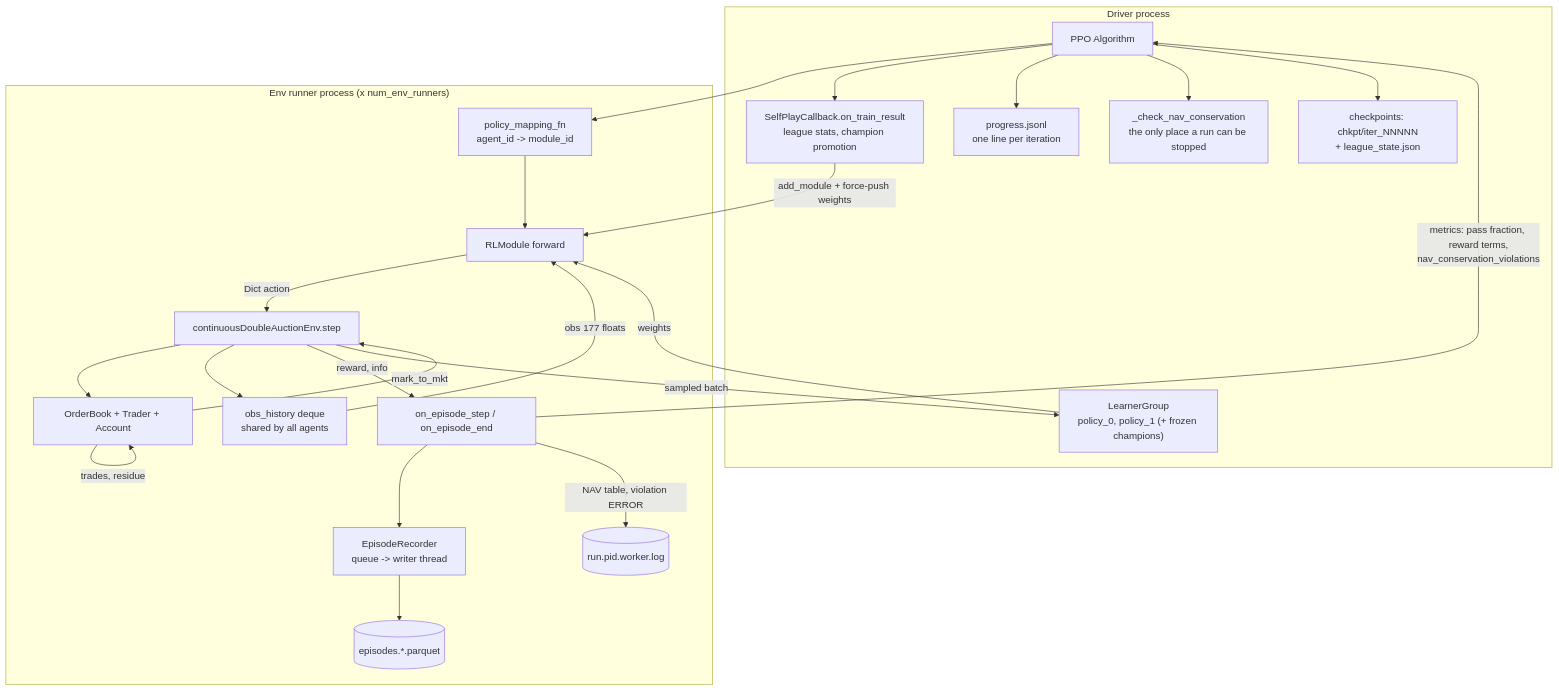
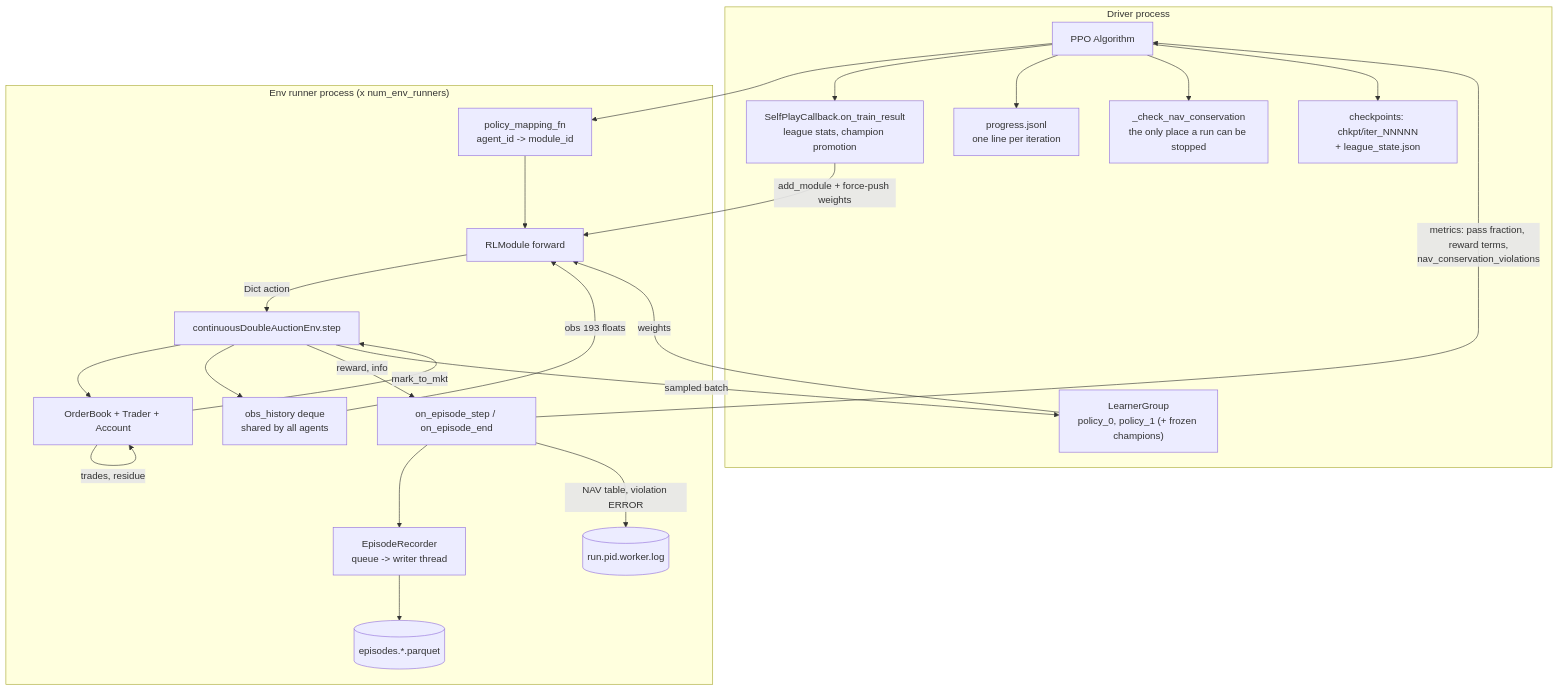
The fifth of 5 diagrams in doc/02_architecture.md (ChuaCheowHuan/gym-continuousDoubleAuction), drawn with Mermaid before and after one commit. The commit also changed other lines of this file and 23 other files, not shown here.

````diff
--- a/doc/02_architecture.md
+++ b/doc/02_architecture.md
@@ -555,43 +562,43 @@
 ```mermaid
 flowchart TB
     subgraph DRV["Driver process"]
         ALGO["PPO Algorithm"]
         LG["LearnerGroup<br/>policy_0, policy_1 (+ frozen champions)"]
         OTR["SelfPlayCallback.on_train_result<br/>league stats, champion promotion"]
         PROG["progress.jsonl<br/>one line per iteration"]
         NAVCHK["_check_nav_conservation<br/>the only place a run can be stopped"]
         CHK["checkpoints: chkpt/iter_NNNNN<br/>+ league_state.json"]
     end
 
     subgraph RUN["Env runner process (x num_env_runners)"]
         MAP["policy_mapping_fn<br/>agent_id -> module_id"]
         RLM["RLModule forward"]
         ENV["continuousDoubleAuctionEnv.step"]
         BOOK["OrderBook + Trader + Account"]
         OBSH["obs_history deque<br/>shared by all agents"]
         HOOKS["on_episode_step / on_episode_end"]
         REC["EpisodeRecorder<br/>queue -> writer thread"]
         PARQ[("episodes.*.parquet")]
         RLOG[("run.pid.worker.log")]
     end
 
     ALGO --> MAP
     MAP --> RLM
     RLM -->|"Dict action"| ENV
     ENV --> BOOK
     BOOK -->|"trades, residue"| BOOK
     BOOK -->|"mark_to_mkt"| ENV
     ENV --> OBSH
-    OBSH -->|"obs 177 floats"| RLM
+    OBSH -->|"obs 193 floats"| RLM
     ENV -->|"reward, info"| HOOKS
     HOOKS --> REC --> PARQ
     HOOKS -->|"NAV table, violation ERROR"| RLOG
     HOOKS -->|"metrics: pass fraction, reward terms,<br/>nav_conservation_violations"| ALGO
     ENV -->|"sampled batch"| LG
     LG -->|"weights"| RLM
     ALGO --> OTR
     OTR -->|"add_module + force-push weights"| RLM
     ALGO --> PROG
     ALGO --> NAVCHK
     ALGO --> CHK
 ```
````
